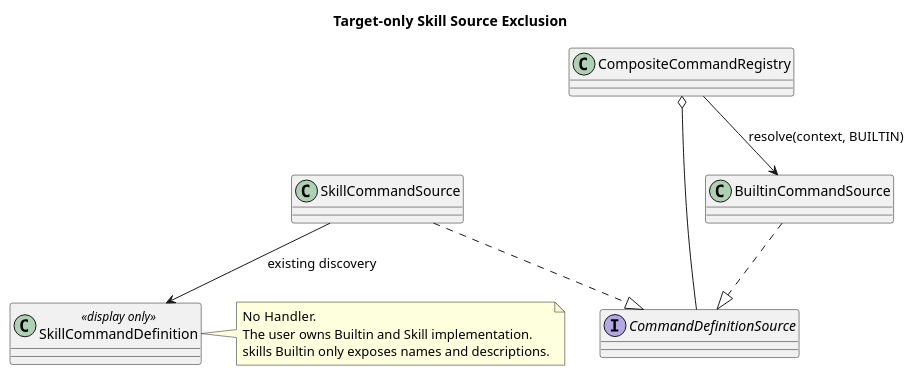
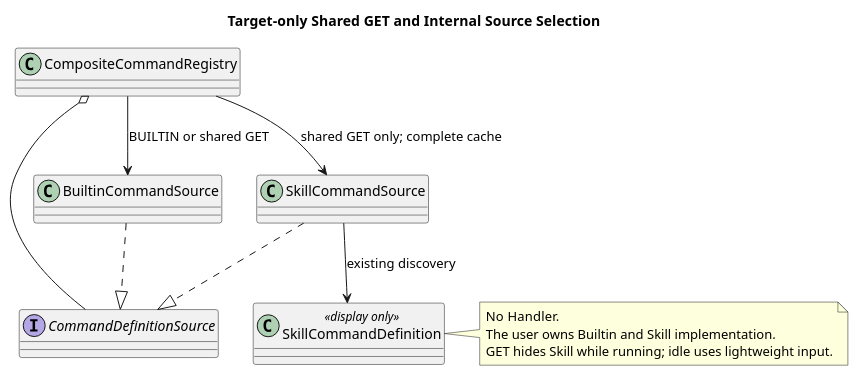
The first of 2 diagrams in 04-命令与技能/02-技能命令/设计图/diagram.puml (ssm0808/pi-mono-java-design), drawn with PlantUML before and after one commit. The commit also changed 34 other files, not shown here.

Commit message:
docs(command): 合入轻量 GET 设计并核查同步遗漏

```diff
--- a/04-命令与技能/02-技能命令/设计图/diagram.puml
+++ b/04-命令与技能/02-技能命令/设计图/diagram.puml
@@ -1,21 +1,22 @@
 @startuml skill_catalog
-title Target-only Skill Source Exclusion
-' Source evidence: pi-mono-java@0bb794f2 modules/coding-agent-cli/src/main/java/com/campusclaw/codingagent/runtimeapi/command/SkillCommandSource.java list.
-' Ownership decision 2026-09-05: the user implements Builtin and Skill; Builtin selection skips dynamic Skill sources.
+title Target-only Shared GET and Internal Source Selection
+' Source evidence: pi-mono-java@6f52fddc modules/coding-agent-cli/src/main/java/com/campusclaw/codingagent/runtimeapi/service/command/SkillCommandSource.java list.
+' Product decision: shared GET requires complete Agent cache; internal BUILTIN selection skips Skill sources.
 skinparam shadowing false
 class CompositeCommandRegistry
 interface CommandDefinitionSource
 class BuiltinCommandSource
 class SkillCommandSource
 class SkillCommandDefinition <<display only>>
 BuiltinCommandSource ..|> CommandDefinitionSource
 SkillCommandSource ..|> CommandDefinitionSource
 CompositeCommandRegistry o-- CommandDefinitionSource
-CompositeCommandRegistry --> BuiltinCommandSource : resolve(context, BUILTIN)
+CompositeCommandRegistry --> BuiltinCommandSource : BUILTIN or shared GET
+CompositeCommandRegistry --> SkillCommandSource : shared GET only; complete cache
 SkillCommandSource --> SkillCommandDefinition : existing discovery
 note right of SkillCommandDefinition
 No Handler.
 The user owns Builtin and Skill implementation.
-skills Builtin only exposes names and descriptions.
+GET hides Skill while running; idle uses lightweight input.
 end note
 @enduml
```
